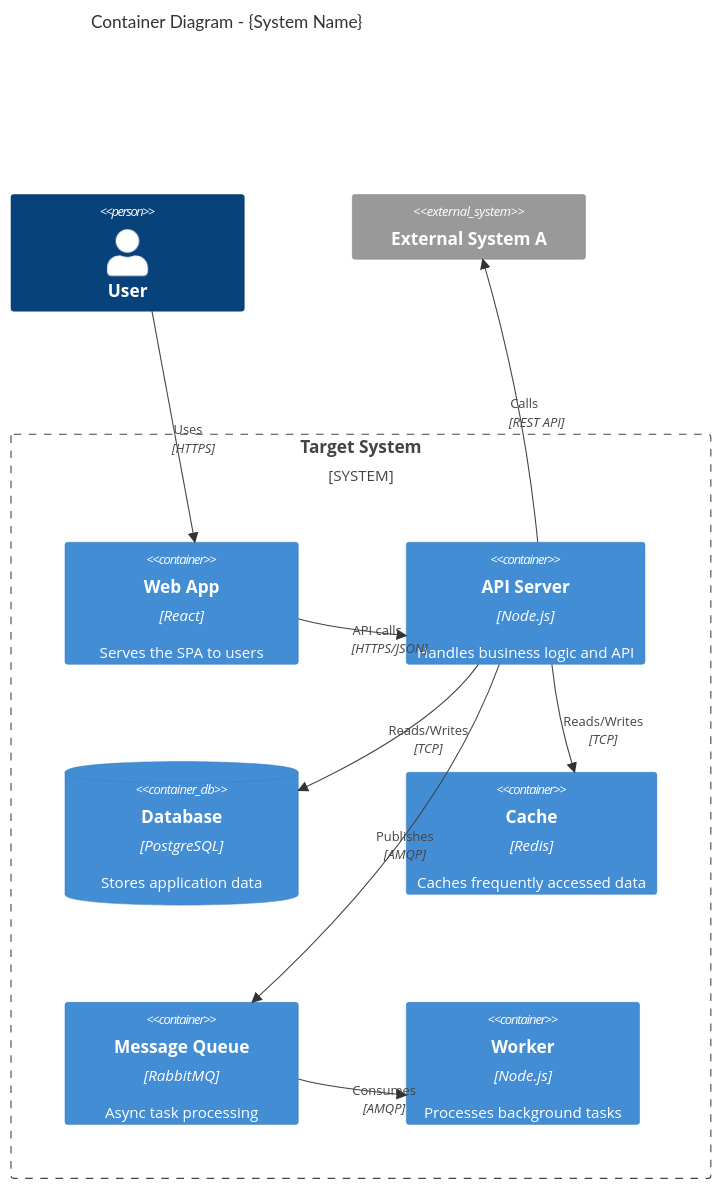
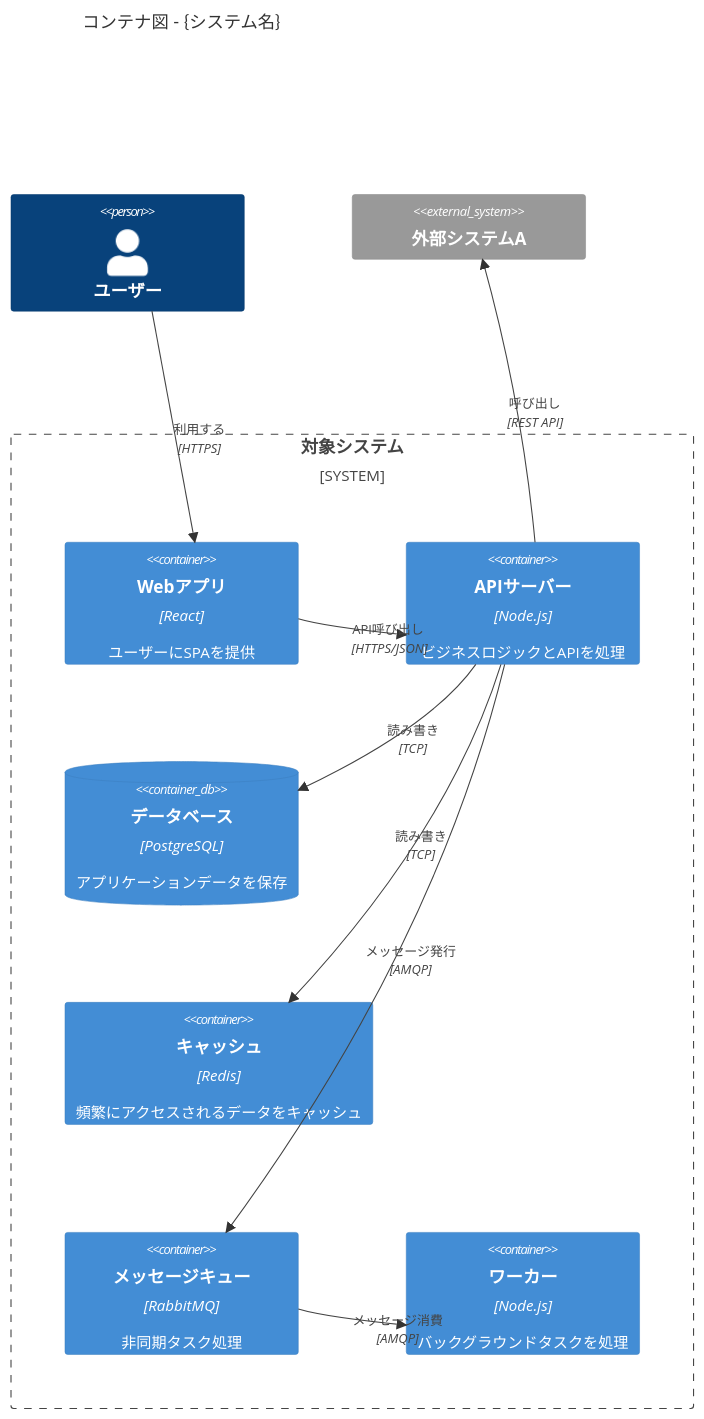
One commit to DIO0550/d-market changed the second of 3 diagrams in plugins/spec-plugin/skills/system-design/assets/templates/c4-model.md. Above: the diagram before and after it, drawn with Mermaid. The commit also changed other lines of this file and 16 other files, not shown here.

First line of the commit message:
🌐 [Enhancement]: 全仕様書スキル（feature-spec/api-spec/system-design）を日本語化

````diff
--- a/plugins/spec-plugin/skills/system-design/assets/templates/c4-model.md
+++ b/plugins/spec-plugin/skills/system-design/assets/templates/c4-model.md
@@ -54,25 +54,25 @@
 ```mermaid
 C4Container
-    title Container Diagram - {System Name}
+    title コンテナ図 - {システム名}
 
-    Person(user, "User", "")
+    Person(user, "ユーザー", "")
 
-    System_Boundary(system, "Target System") {
-        Container(web, "Web App", "React", "Serves the SPA to users")
-        Container(api, "API Server", "Node.js", "Handles business logic and API")
-        ContainerDb(db, "Database", "PostgreSQL", "Stores application data")
-        Container(cache, "Cache", "Redis", "Caches frequently accessed data")
-        Container(queue, "Message Queue", "RabbitMQ", "Async task processing")
-        Container(worker, "Worker", "Node.js", "Processes background tasks")
+    System_Boundary(system, "対象システム") {
+        Container(web, "Webアプリ", "React", "ユーザーにSPAを提供")
+        Container(api, "APIサーバー", "Node.js", "ビジネスロジックとAPIを処理")
+        ContainerDb(db, "データベース", "PostgreSQL", "アプリケーションデータを保存")
+        Container(cache, "キャッシュ", "Redis", "頻繁にアクセスされるデータをキャッシュ")
+        Container(queue, "メッセージキュー", "RabbitMQ", "非同期タスク処理")
+        Container(worker, "ワーカー", "Node.js", "バックグラウンドタスクを処理")
     }
 
-    System_Ext(extA, "External System A", "")
+    System_Ext(extA, "外部システムA", "")
 
-    Rel(user, web, "Uses", "HTTPS")
-    Rel(web, api, "API calls", "HTTPS/JSON")
-    Rel(api, db, "Reads/Writes", "TCP")
-    Rel(api, cache, "Reads/Writes", "TCP")
-    Rel(api, queue, "Publishes", "AMQP")
-    Rel(queue, worker, "Consumes", "AMQP")
-    Rel(api, extA, "Calls", "REST API")
+    Rel(user, web, "利用する", "HTTPS")
+    Rel(web, api, "API呼び出し", "HTTPS/JSON")
+    Rel(api, db, "読み書き", "TCP")
+    Rel(api, cache, "読み書き", "TCP")
+    Rel(api, queue, "メッセージ発行", "AMQP")
+    Rel(queue, worker, "メッセージ消費", "AMQP")
+    Rel(api, extA, "呼び出し", "REST API")
 ```
````
